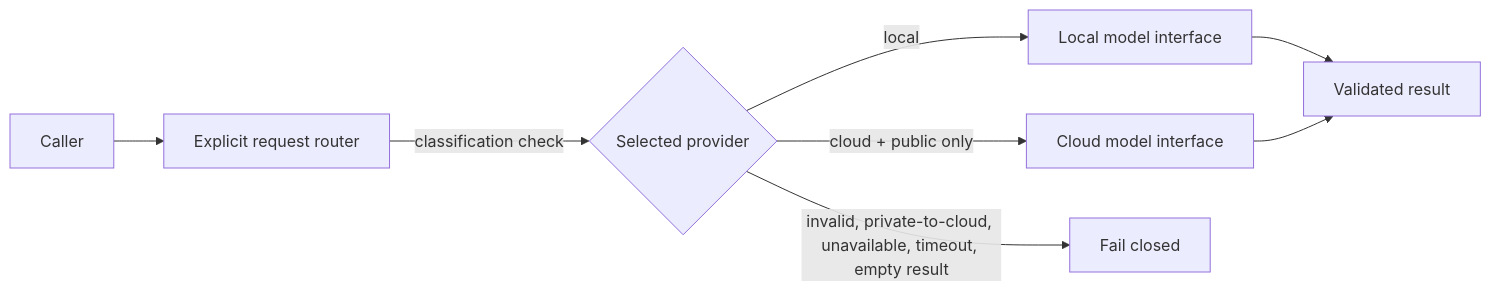
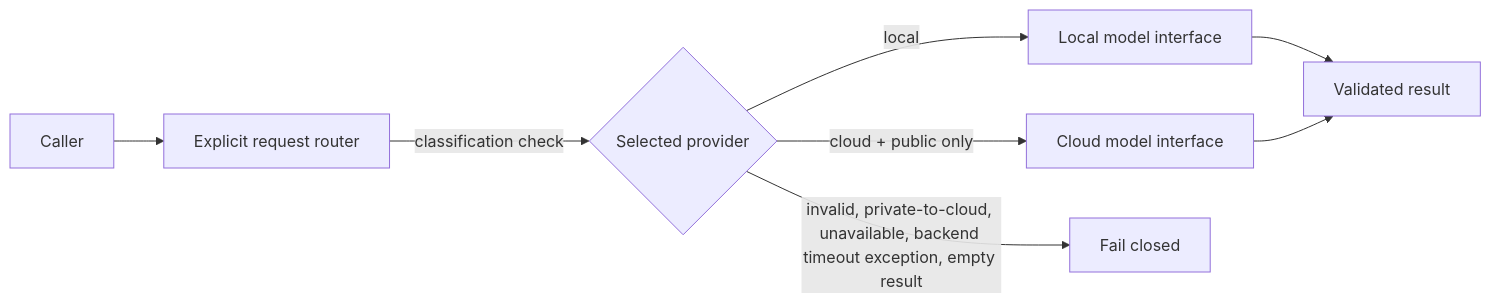
One commit to kcs2078-ui/hybrid-ai-routing-demo changed the diagram in docs/architecture.md. Above: the diagram before and after it, drawn with Mermaid. The commit also changed other lines of this file and 3 other files, not shown here.

````diff
--- a/docs/architecture.md
+++ b/docs/architecture.md
@@ -5,10 +5,10 @@
 ```mermaid
 flowchart LR
   C[Caller] --> R[Explicit request router]
   R -->|classification check| P{Selected provider}
   P -->|local| L[Local model interface]
   P -->|cloud + public only| X[Cloud model interface]
   L --> O[Validated result]
   X --> O
-  P -->|invalid, private-to-cloud, unavailable, timeout, empty result| F[Fail closed]
+  P -->|invalid, private-to-cloud, unavailable, backend timeout exception, empty result| F[Fail closed]
 ```
````
